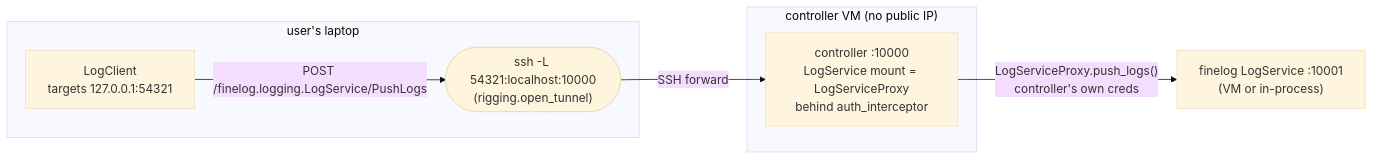
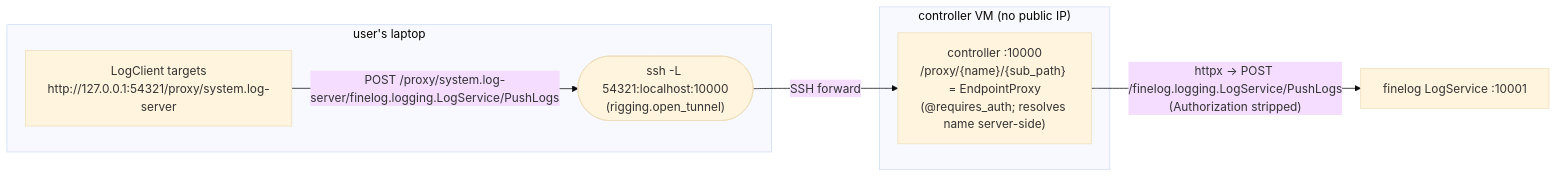
One commit to marin-community/marin changed the first of 3 diagrams in .agents/projects/2026-06-20_rigging_connection_auth.md. Above: the diagram before and after it, drawn with Mermaid (base theme). The commit also changed other lines of this file, not shown here.

First line of the commit message:
[design] rigging.connect: fix layering — rigging is iris-agnostic, proxy is a URL

````diff
--- a/.agents/projects/2026-06-20_rigging_connection_auth.md
+++ b/.agents/projects/2026-06-20_rigging_connection_auth.md
@@ -374,14 +404,14 @@
 ```mermaid
 flowchart LR
     subgraph laptop["user's laptop"]
-        C["LogClient<br/>targets 127.0.0.1:54321"]
+        C["LogClient targets<br/>http://127.0.0.1:54321/proxy/system.log-server"]
         T(["ssh -L 54321:localhost:10000<br/>(rigging.open_tunnel)"])
     end
     subgraph vm["controller VM (no public IP)"]
-        K["controller :10000<br/>LogService mount = LogServiceProxy<br/>behind auth_interceptor"]
+        K["controller :10000<br/>/proxy/{name}/{sub_path} = EndpointProxy<br/>(@requires_auth; resolves name server-side)"]
     end
-    F["finelog LogService :10001<br/>(VM or in-process)"]
-    C -->|"POST /finelog.logging.LogService/PushLogs"| T
+    F["finelog LogService :10001"]
+    C -->|"POST /proxy/system.log-server/finelog.logging.LogService/PushLogs"| T
     T -->|"SSH forward"| K
-    K -->|"LogServiceProxy.push_logs()<br/>controller's own creds"| F
+    K -->|"httpx → POST /finelog.logging.LogService/PushLogs<br/>(Authorization stripped)"| F
 ```
````
